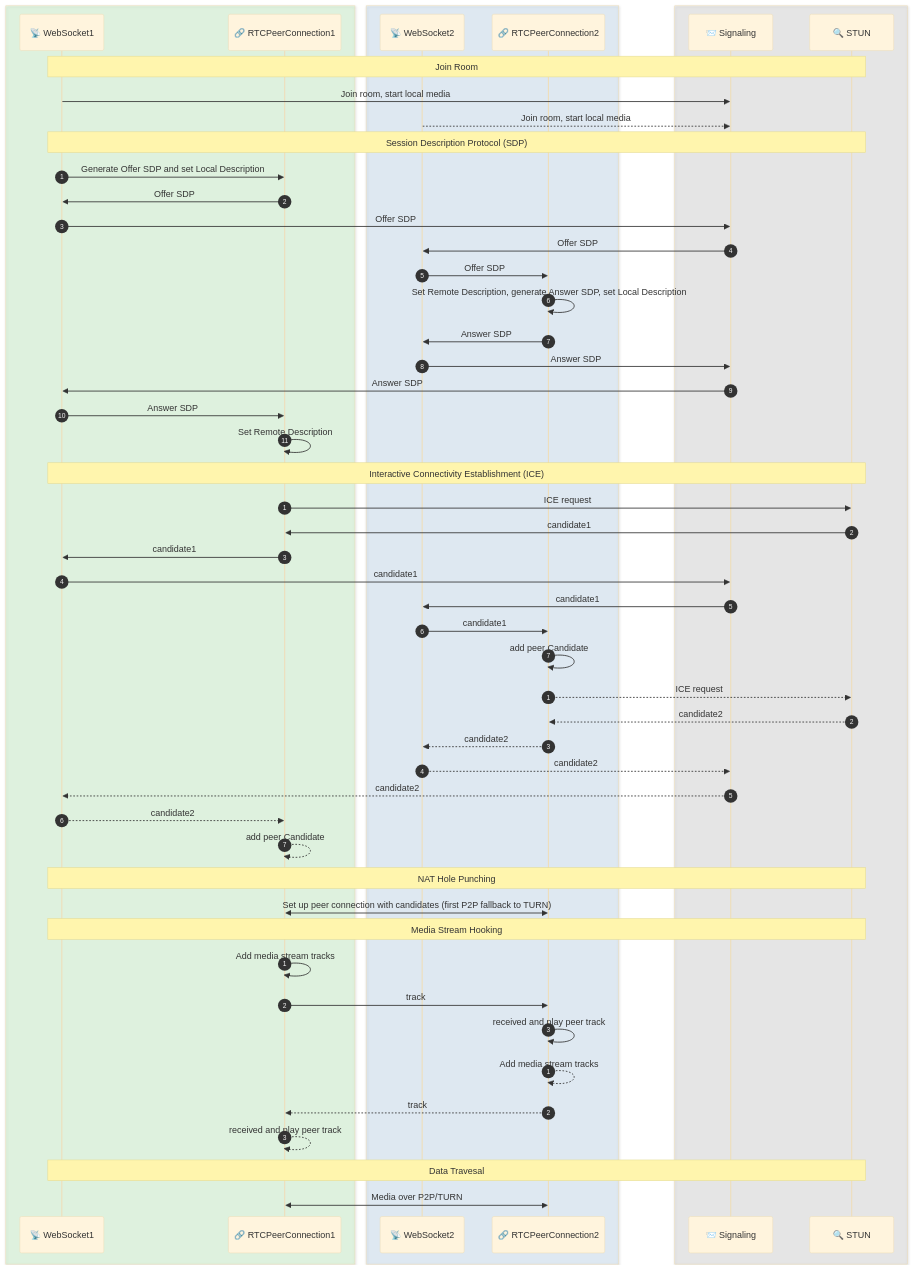
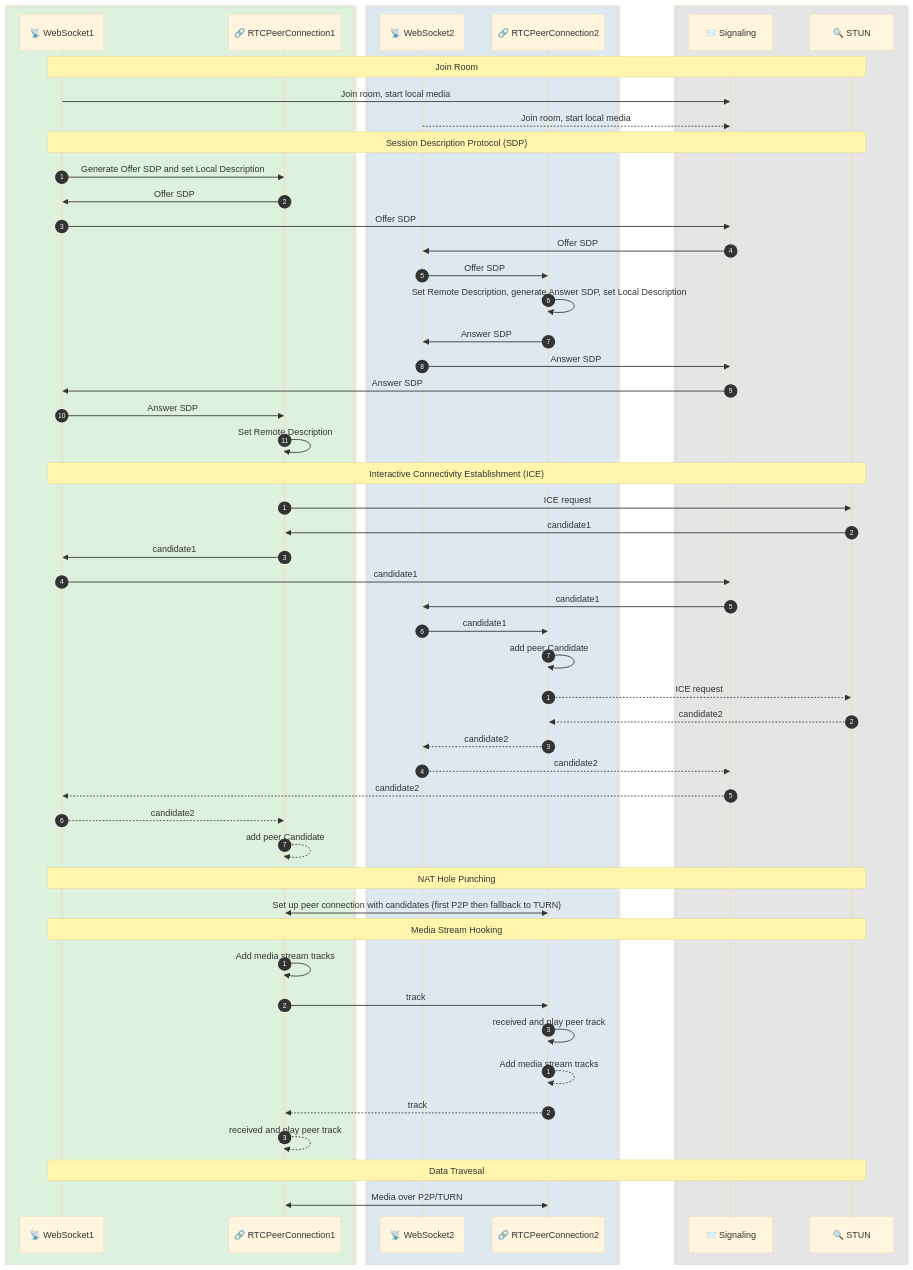
Before and after one commit to techunder/posts: the second of 4 diagrams in content/docs/10-rtc-intro/02-webrtc.md, drawn with Mermaid (base theme). The commit also changed other lines of this file, not shown here.

````diff
--- a/content/docs/10-rtc-intro/02-webrtc.md
+++ b/content/docs/10-rtc-intro/02-webrtc.md
@@ -93,72 +93,72 @@
 ```mermaid
 sequenceDiagram
     box rgba(144, 238, 144, 0.2)
     participant ws1 as 📡 WebSocket1
     participant peerconn1 as 🔗 RTCPeerConnection1
     end
     box rgba(144, 196, 238, 0.2)
     participant ws2 as 📡 WebSocket2
     participant peerconn2 as 🔗 RTCPeerConnection2
     end
     box rgba(180, 180, 180, 0.2)
     participant sig as 📨 Signaling
     participant stun as 🔍 STUN
     end
 
     Note over ws1,stun: Join Room
     autonumber off
     ws1->>sig: Join room, start local media
     ws2-->>sig: Join room, start local media
 
     Note over ws1,stun: Session Description Protocol (SDP)
     autonumber 1
     ws1->>peerconn1: Generate Offer SDP and set Local Description
     peerconn1->>ws1: Offer SDP
     ws1->>sig: Offer SDP
     sig->>ws2: Offer SDP
     ws2->>peerconn2: Offer SDP
     peerconn2->>peerconn2: Set Remote Description, generate Answer SDP, set Local Description
     peerconn2->>ws2: Answer SDP
     ws2->>sig: Answer SDP
     sig->>ws1: Answer SDP
     ws1->>peerconn1: Answer SDP
     peerconn1->>peerconn1: Set Remote Description
 
     Note over ws1,stun: Interactive Connectivity Establishment (ICE)
     autonumber 1
     peerconn1->>stun: ICE request
     stun->>peerconn1: candidate1
     peerconn1->>ws1: candidate1
     ws1->>sig: candidate1
     sig->>ws2: candidate1
     ws2->>peerconn2: candidate1
     peerconn2->>peerconn2: add peer Candidate
 
     autonumber 1
     peerconn2-->>stun: ICE request
     stun-->>peerconn2: candidate2
     peerconn2-->>ws2: candidate2
     ws2-->>sig: candidate2
     sig-->>ws1: candidate2
     ws1-->>peerconn1: candidate2
     peerconn1-->>peerconn1: add peer Candidate
 
     Note over ws1,stun: NAT Hole Punching
     autonumber off
-    peerconn1<<->>peerconn2: Set up peer connection with candidates (first P2P fallback to TURN)
+    peerconn1<<->>peerconn2: Set up peer connection with candidates (first P2P then fallback to TURN)
 
     Note over ws1,stun: Media Stream Hooking
     autonumber 1
     peerconn1->>peerconn1: Add media stream tracks
     peerconn1->>peerconn2: track
     peerconn2->>peerconn2: received and play peer track
 
     autonumber 1
     peerconn2-->>peerconn2: Add media stream tracks
     peerconn2-->>peerconn1: track
     peerconn1-->>peerconn1: received and play peer track
 
     Note over ws1,stun: Data Travesal
     autonumber off
     peerconn1<<->>peerconn2: Media over P2P/TURN
 ```
````
